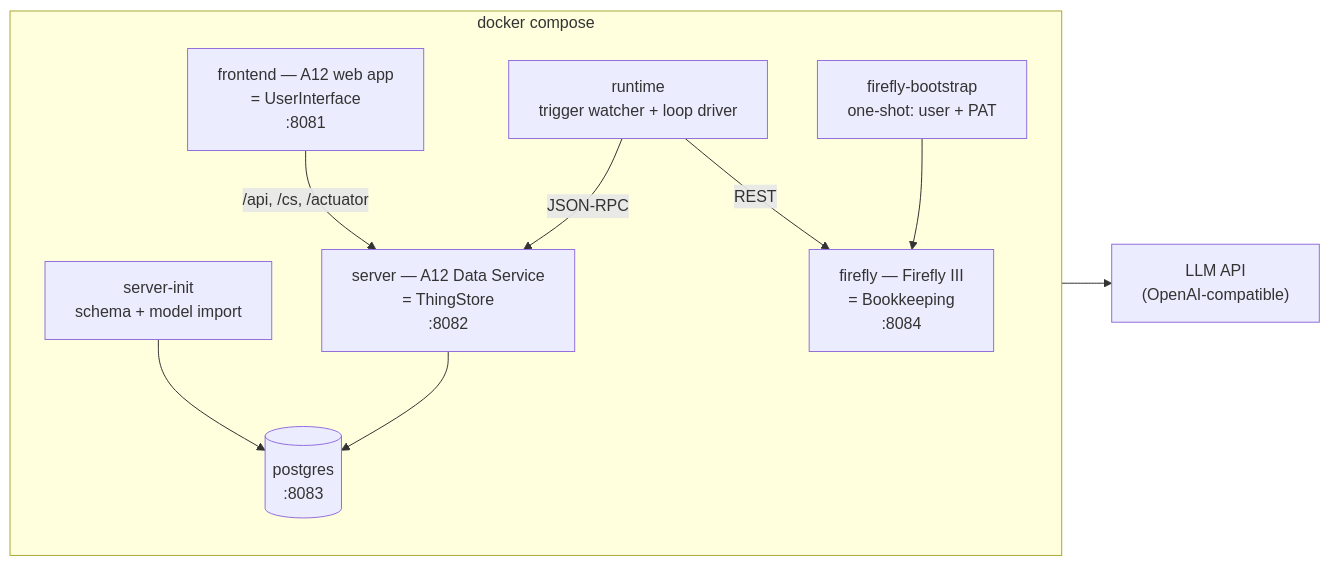
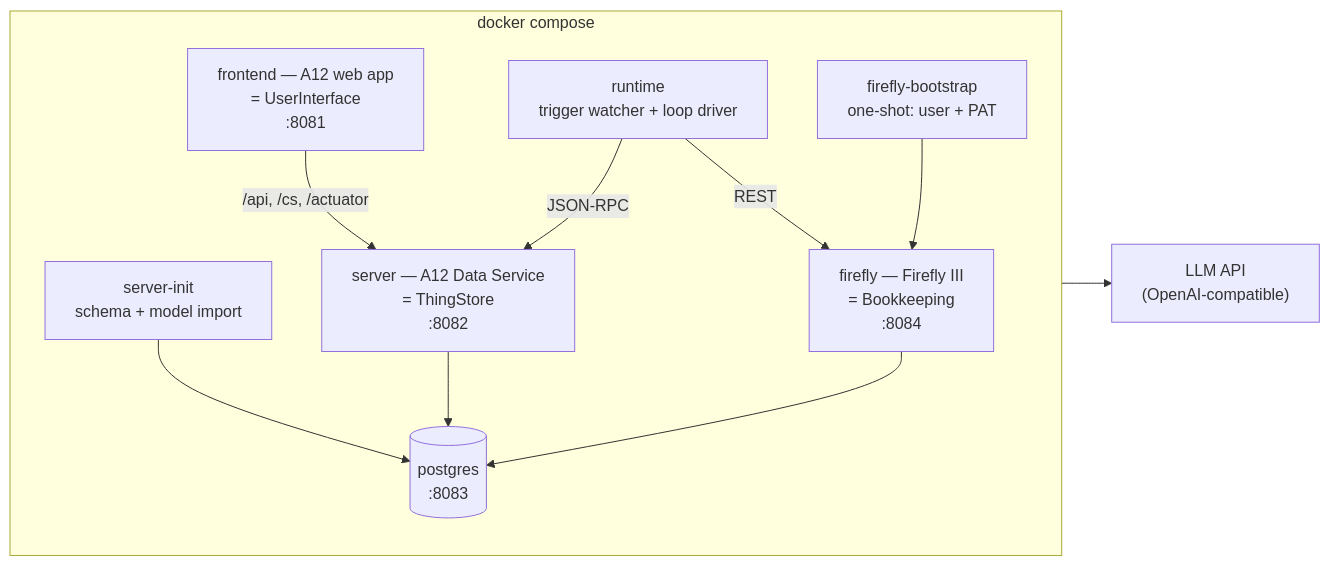
Before and after one commit to tillg/assistants: the diagram in specs/changes/first-running-system/architecture.md, drawn with Mermaid. The commit also changed 1 other file, not shown here.

````diff
--- a/specs/changes/first-running-system/architecture.md
+++ b/specs/changes/first-running-system/architecture.md
@@ -7,22 +7,23 @@
 ```mermaid
 flowchart LR
     subgraph compose["docker compose"]
         direction TB
         PG[(postgres<br/>:8083)]
         SRV["server — A12 Data Service<br/>= ThingStore<br/>:8082"]
         INIT["server-init<br/>schema + model import"]
         FE["frontend — A12 web app<br/>= UserInterface<br/>:8081"]
         RT["runtime<br/>trigger watcher + loop driver"]
         FF["firefly — Firefly III<br/>= Bookkeeping<br/>:8084"]
         FB["firefly-bootstrap<br/>one-shot: user + PAT"]
     end
     LLM["LLM API<br/>(OpenAI-compatible)"]
 
     INIT --> PG
     SRV --> PG
+    FF --> PG
     FE -->|"/api, /cs, /actuator"| SRV
     RT -->|JSON-RPC| SRV
     RT -->|REST| FF
     RT --> LLM
     FB --> FF
 ```
````
